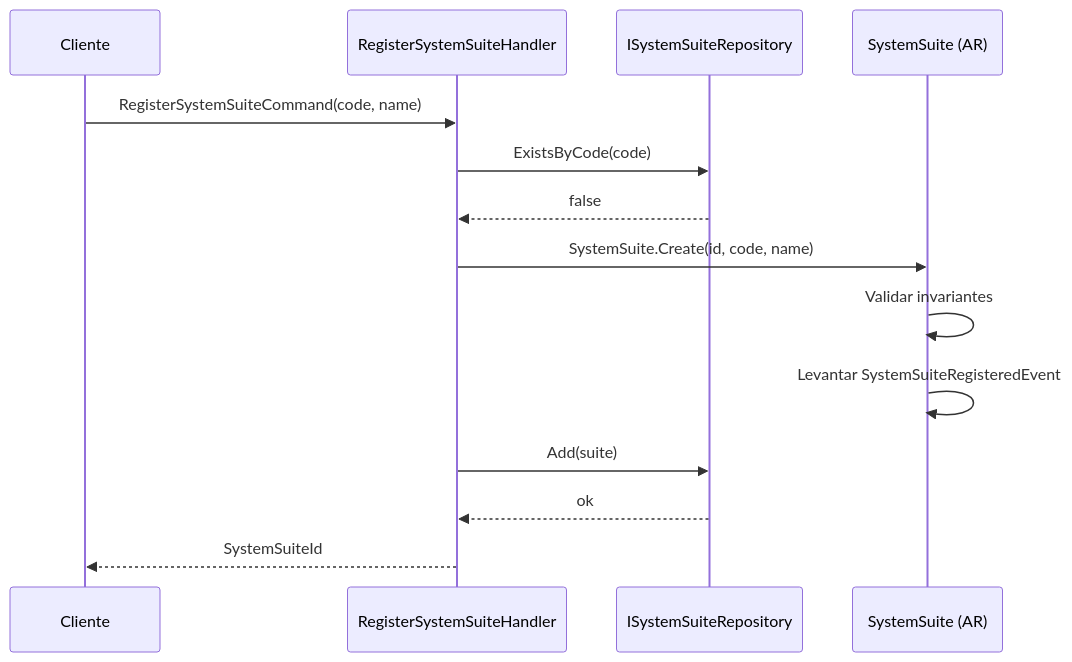
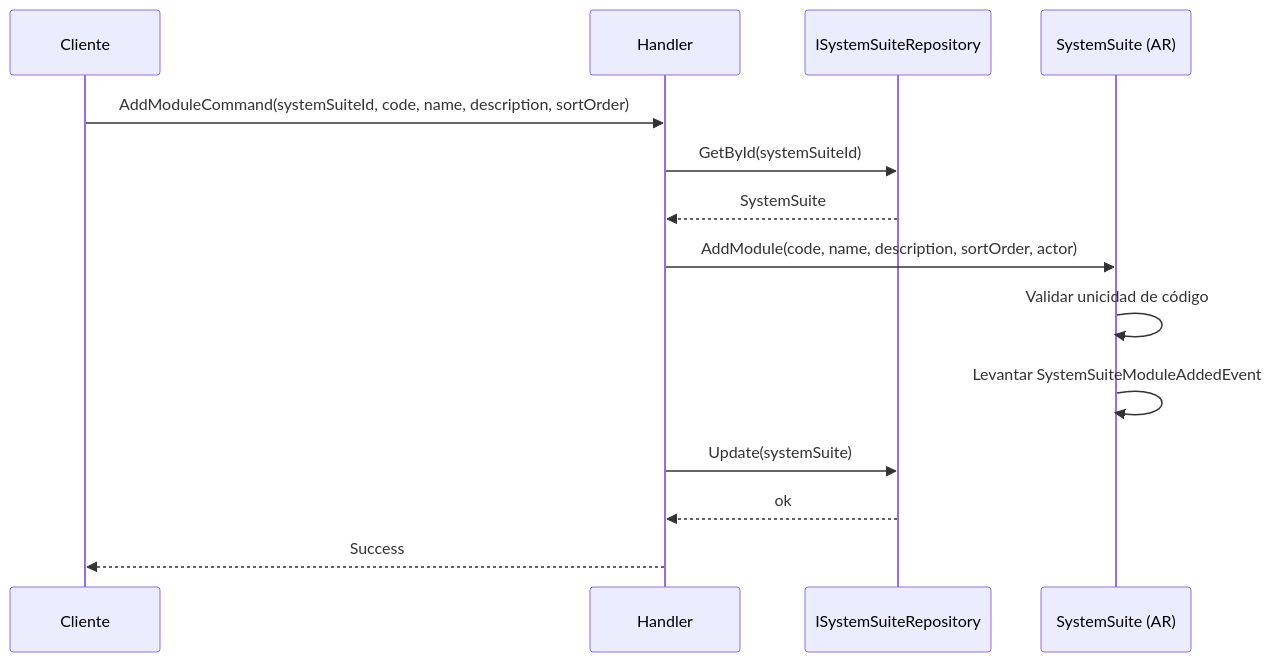
One commit to beyondnetcode/ums changed the second of 3 diagrams in docs/domain-es/authorization/system-suite.md. Above: the diagram before and after it, drawn with Mermaid. The commit also changed other lines of this file and 19 other files, not shown here.

````diff
--- a/docs/domain-es/authorization/system-suite.md
+++ b/docs/domain-es/authorization/system-suite.md
@@ -252,17 +131,17 @@
 ```mermaid
 sequenceDiagram
     participant C as Cliente
-    participant H as RegisterSystemSuiteHandler
+    participant H as Handler
     participant R as ISystemSuiteRepository
     participant S as SystemSuite (AR)
 
-    C->>H: RegisterSystemSuiteCommand(code, name)
-    H->>R: ExistsByCode(code)
-    R-->>H: false
-    H->>S: SystemSuite.Create(id, code, name)
-    S->>S: Validar invariantes
-    S->>S: Levantar SystemSuiteRegisteredEvent
-    H->>R: Add(suite)
+    C->>H: AddModuleCommand(systemSuiteId, code, name, description, sortOrder)
+    H->>R: GetById(systemSuiteId)
+    R-->>H: SystemSuite
+    H->>S: AddModule(code, name, description, sortOrder, actor)
+    S->>S: Validar unicidad de código
+    S->>S: Levantar SystemSuiteModuleAddedEvent
+    H->>R: Update(systemSuite)
     R-->>H: ok
-    H-->>C: SystemSuiteId
+    H-->>C: Success
 ```
````
